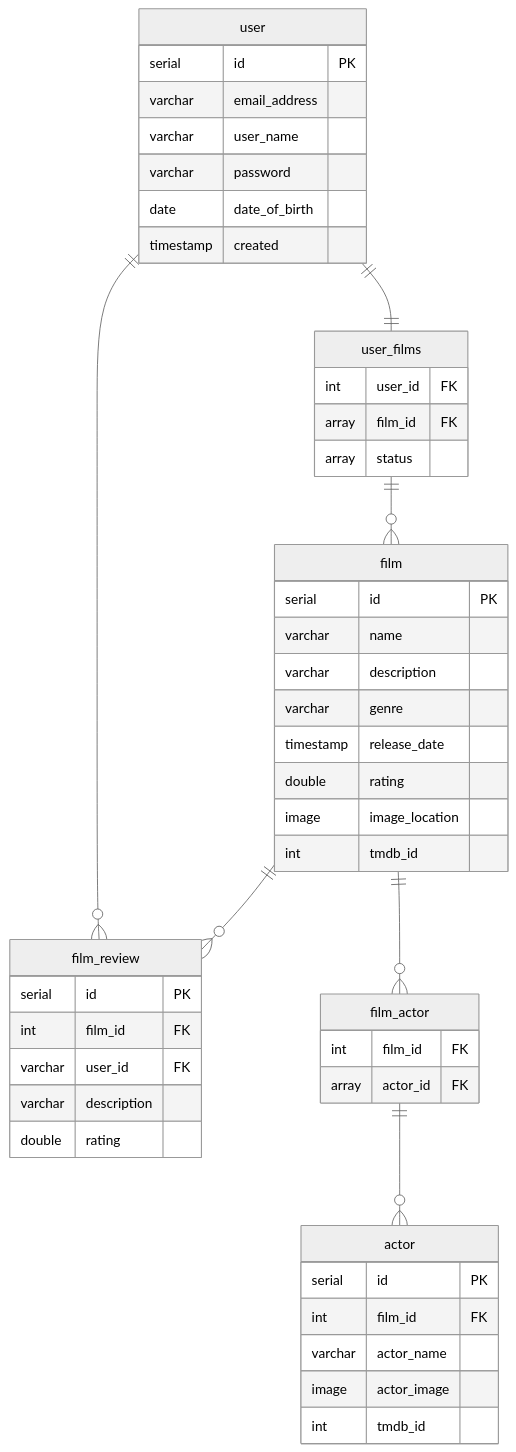
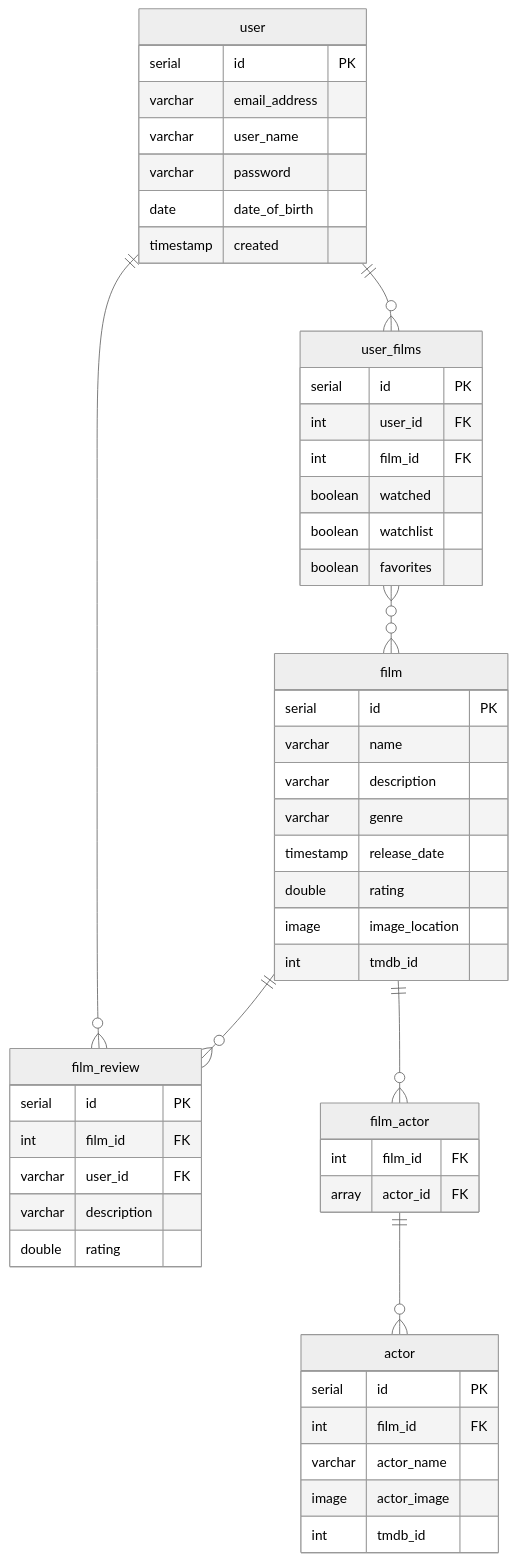
Before and after one commit to Niall96/HeresAFilm: the second of 2 diagrams in README.md, drawn with Mermaid (neutral theme).

````diff
--- a/README.md
+++ b/README.md
@@ -40,52 +40,55 @@
 ```mermaid
 erDiagram 
- user ||--|| user_films : ""
- user_films ||--o{ film : ""
+ user ||--o{ user_films : ""
+ user_films }o--o{ film : ""
  film ||--o{ film_review : ""
  film ||--o{ film_actor : ""
  film_actor ||--o{ actor : ""
  user ||--o{ film_review : ""
  
  user {
         serial id PK
         varchar email_address
         varchar user_name
         varchar password
         date date_of_birth
         timestamp created
     }
  user_films {
+                 serial id PK
                  int user_id FK
-                 array film_id FK
-                 array status
+                 int film_id FK
+                 boolean watched
+                 boolean watchlist
+                 boolean favorites
               }
  film {
       serial id PK
       varchar name
       varchar description
       varchar genre
       timestamp release_date
       double rating
       image image_location
       int tmdb_id
       }
  film_review {
              serial id PK
              int film_id FK
              varchar user_id FK
              varchar description
              double rating
            }
  film_actor {
        
        int film_id FK
        array actor_id FK
      }
  actor {
        serial id PK
        int film_id FK
        varchar actor_name
        image actor_image
        int tmdb_id
      }
 ```
````
